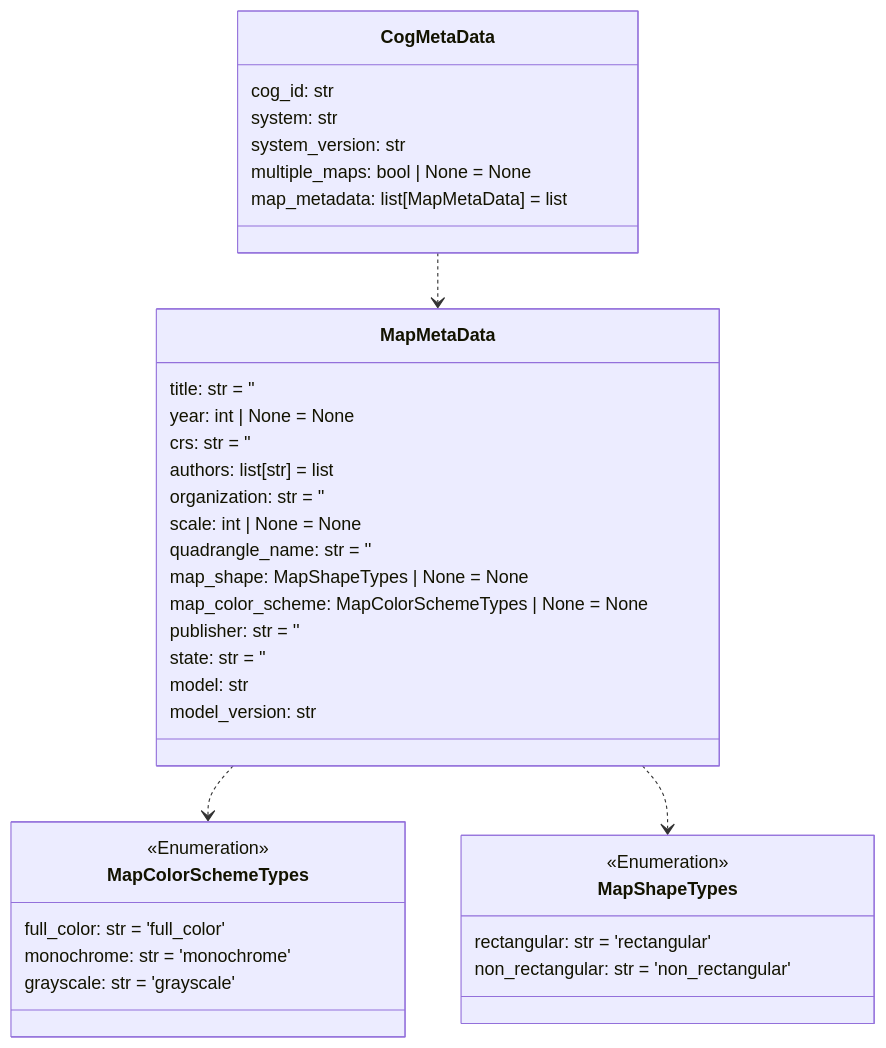
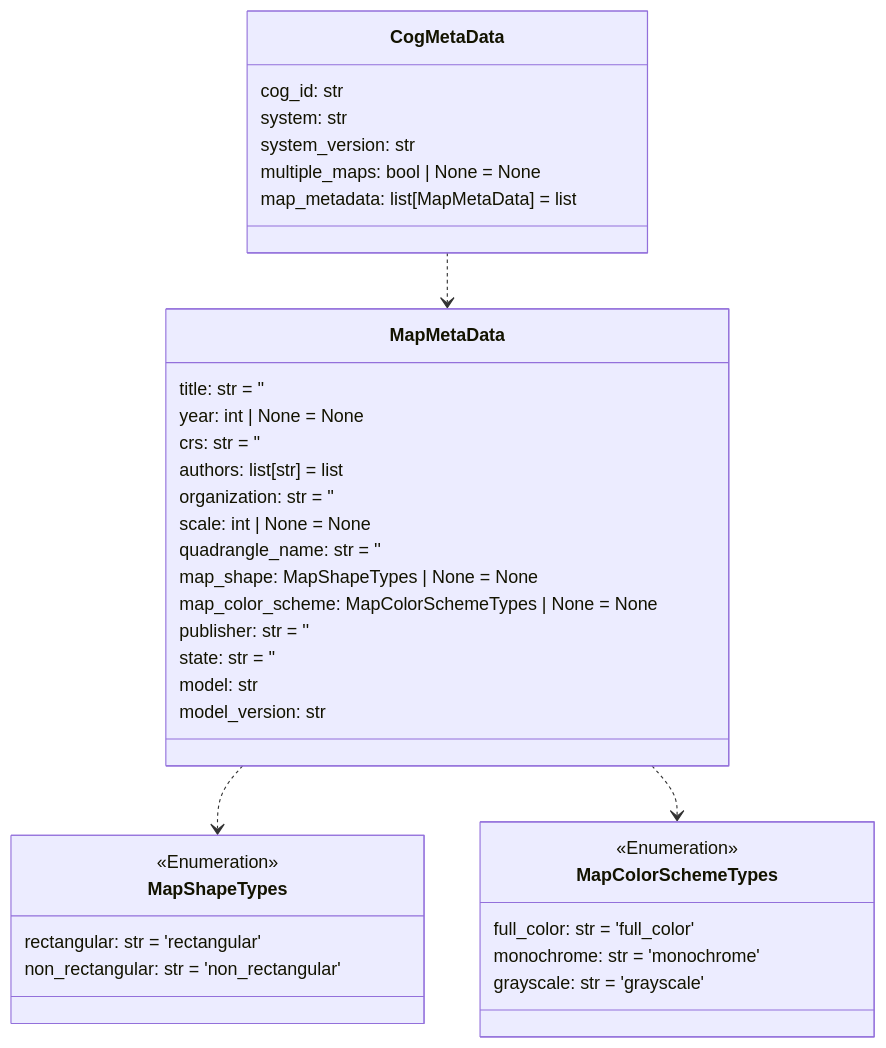
One commit to DARPA-CRITICALMAAS/cdr_schemas changed the third of 14 diagrams in README.md. Above: the diagram before and after it, drawn with Mermaid. The commit also changed other lines of this file and 1 other file, not shown here.

````diff
--- a/README.md
+++ b/README.md
@@ -204,46 +204,46 @@
 ```mermaid
 classDiagram
 
-    class MapColorSchemeTypes {
+    class MapShapeTypes {
         <<Enumeration>>
-        full_color: str = 'full_color'
-        monochrome: str = 'monochrome'
-        grayscale: str = 'grayscale'
+        rectangular: str = 'rectangular'
+        non_rectangular: str = 'non_rectangular'
     }
 
     class MapMetaData {
         title: str = ''
         year: int | None = None
         crs: str = ''
         authors: list[str] = list
         organization: str = ''
         scale: int | None = None
         quadrangle_name: str = ''
         map_shape: MapShapeTypes | None = None
         map_color_scheme: MapColorSchemeTypes | None = None
         publisher: str = ''
         state: str = ''
         model: str
         model_version: str
     }
 
-    class MapShapeTypes {
+    class MapColorSchemeTypes {
         <<Enumeration>>
-        rectangular: str = 'rectangular'
-        non_rectangular: str = 'non_rectangular'
+        full_color: str = 'full_color'
+        monochrome: str = 'monochrome'
+        grayscale: str = 'grayscale'
     }
 
     class CogMetaData {
         cog_id: str
         system: str
         system_version: str
         multiple_maps: bool | None = None
         map_metadata: list[MapMetaData] = list
     }
 
+    MapMetaData ..> MapShapeTypes
     MapMetaData ..> MapColorSchemeTypes
-    MapMetaData ..> MapShapeTypes
     CogMetaData ..> MapMetaData
 
 
 ```
````
